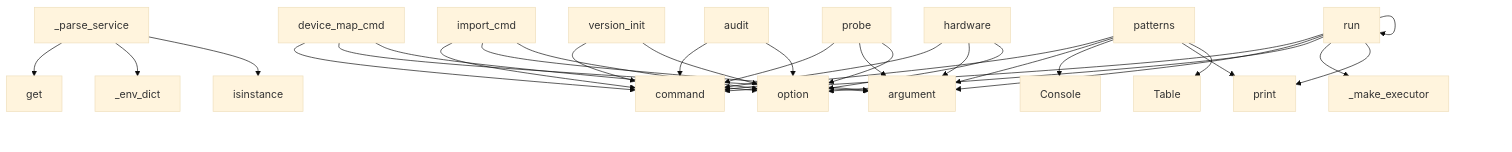
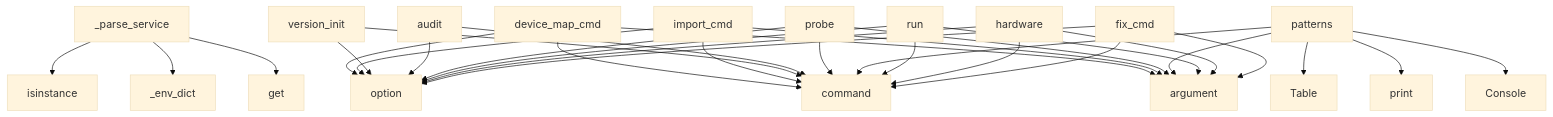
Before and after one commit to maskservice/redeploy: the diagram in project/context.md, drawn with Mermaid (base theme). The commit also changed other lines of this file and 33 other files, not shown here.

````diff
--- a/project/context.md
+++ b/project/context.md
@@ -679,33 +684,33 @@
 ```mermaid
 graph TD
     _parse_service --> get
     _parse_service --> _env_dict
     _parse_service --> isinstance
     device_map_cmd --> command
     device_map_cmd --> argument
     device_map_cmd --> option
     import_cmd --> command
     import_cmd --> argument
     import_cmd --> option
     version_init --> command
     version_init --> option
     audit --> command
     audit --> option
     probe --> command
     probe --> argument
     probe --> option
     patterns --> command
     patterns --> argument
     patterns --> Console
     patterns --> print
     patterns --> Table
     run --> command
     run --> argument
     run --> option
     hardware --> command
     hardware --> argument
     hardware --> option
-    run --> _make_executor
-    run --> run
-    run --> print
+    fix_cmd --> command
+    fix_cmd --> argument
+    fix_cmd --> option
 ```
````
